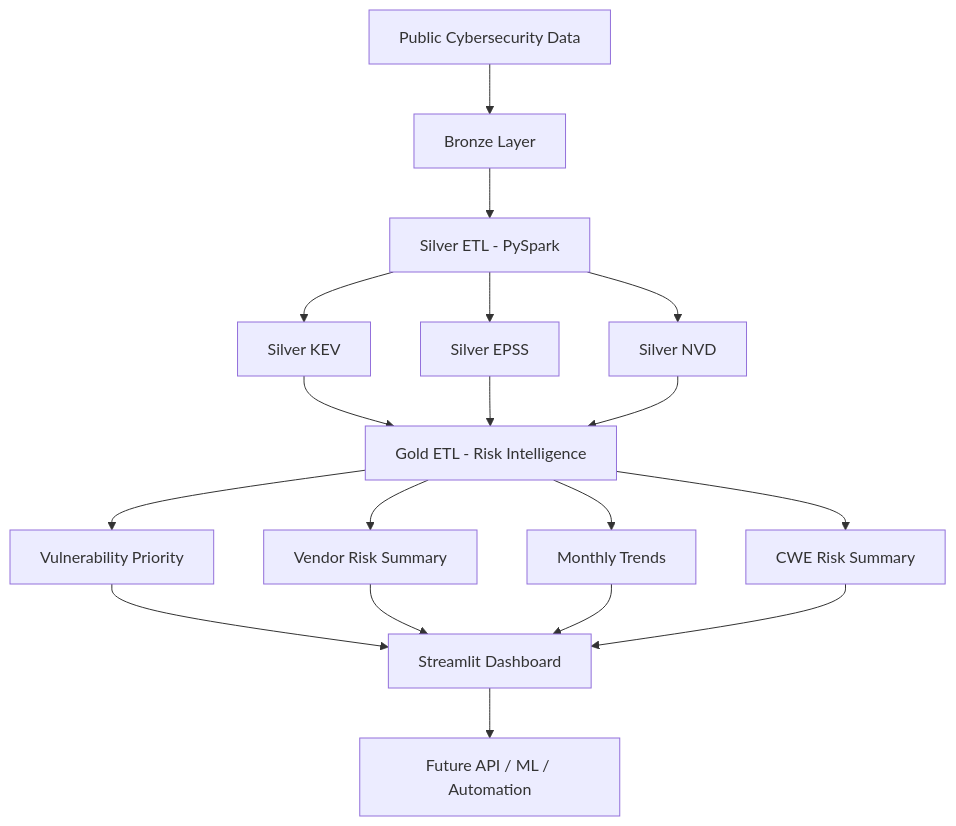
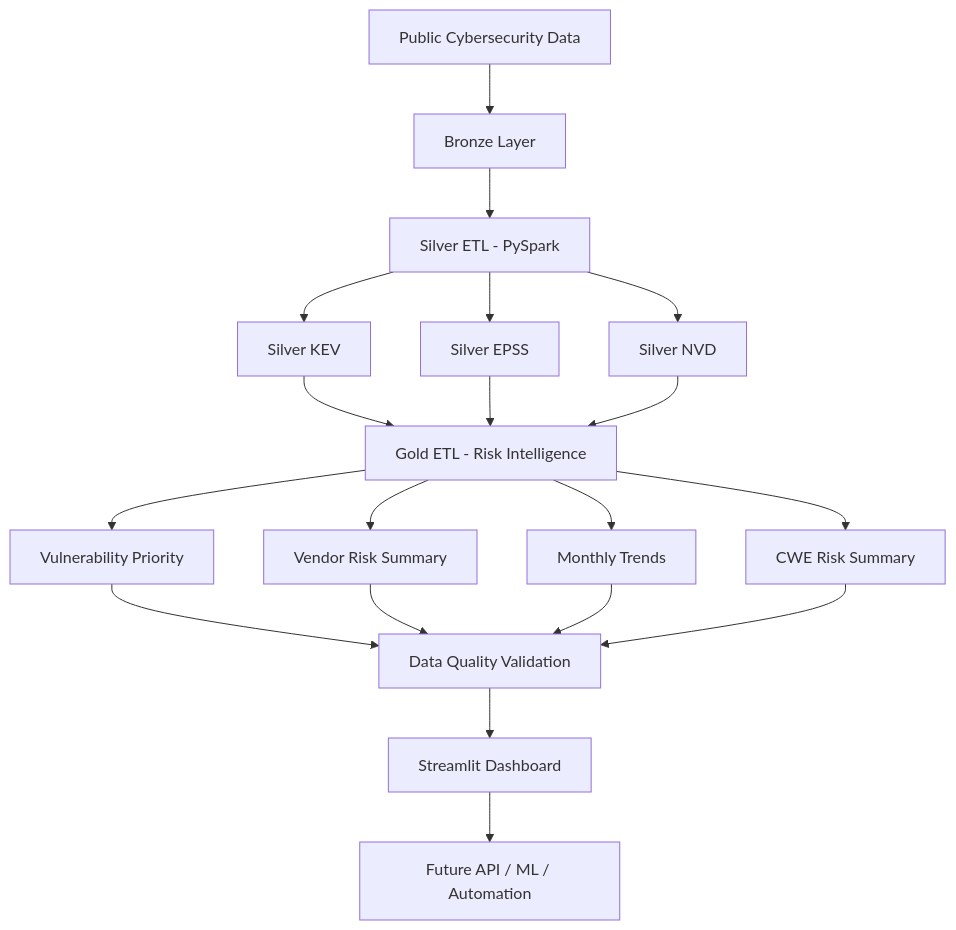
One commit to momo840505/cyber-risk-intelligence-lakehouse changed the diagram in README.md. Above: the diagram before and after it, drawn with Mermaid. The commit also changed other lines of this file, not shown here.

Commit message:
Document data quality validation

````diff
--- a/README.md
+++ b/README.md
@@ -62,25 +64,26 @@
 ```mermaid
 flowchart TD
     A["Public Cybersecurity Data"] --> B["Bronze Layer"]
     B --> C["Silver ETL - PySpark"]
 
     C --> D["Silver KEV"]
     C --> E["Silver EPSS"]
     C --> F["Silver NVD"]
 
     D --> G["Gold ETL - Risk Intelligence"]
     E --> G
     F --> G
 
     G --> H["Vulnerability Priority"]
     G --> I["Vendor Risk Summary"]
     G --> J["Monthly Trends"]
     G --> K["CWE Risk Summary"]
 
-    H --> L["Streamlit Dashboard"]
+    H --> L["Data Quality Validation"]
     I --> L
     J --> L
     K --> L
 
-    L --> M["Future API / ML / Automation"]
+    L --> M["Streamlit Dashboard"]
+    M --> N["Future API / ML / Automation"]
 ```
````
